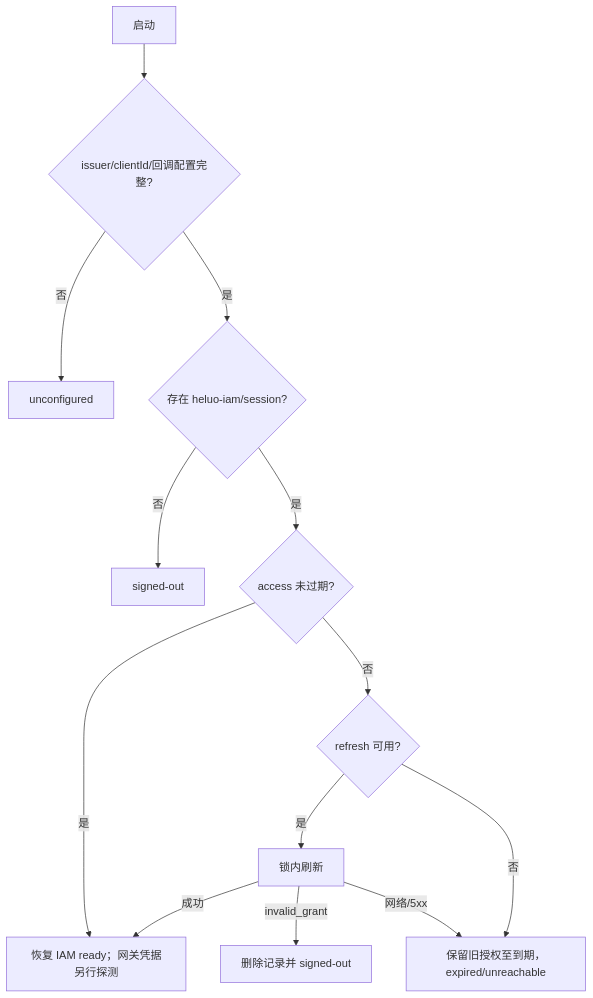
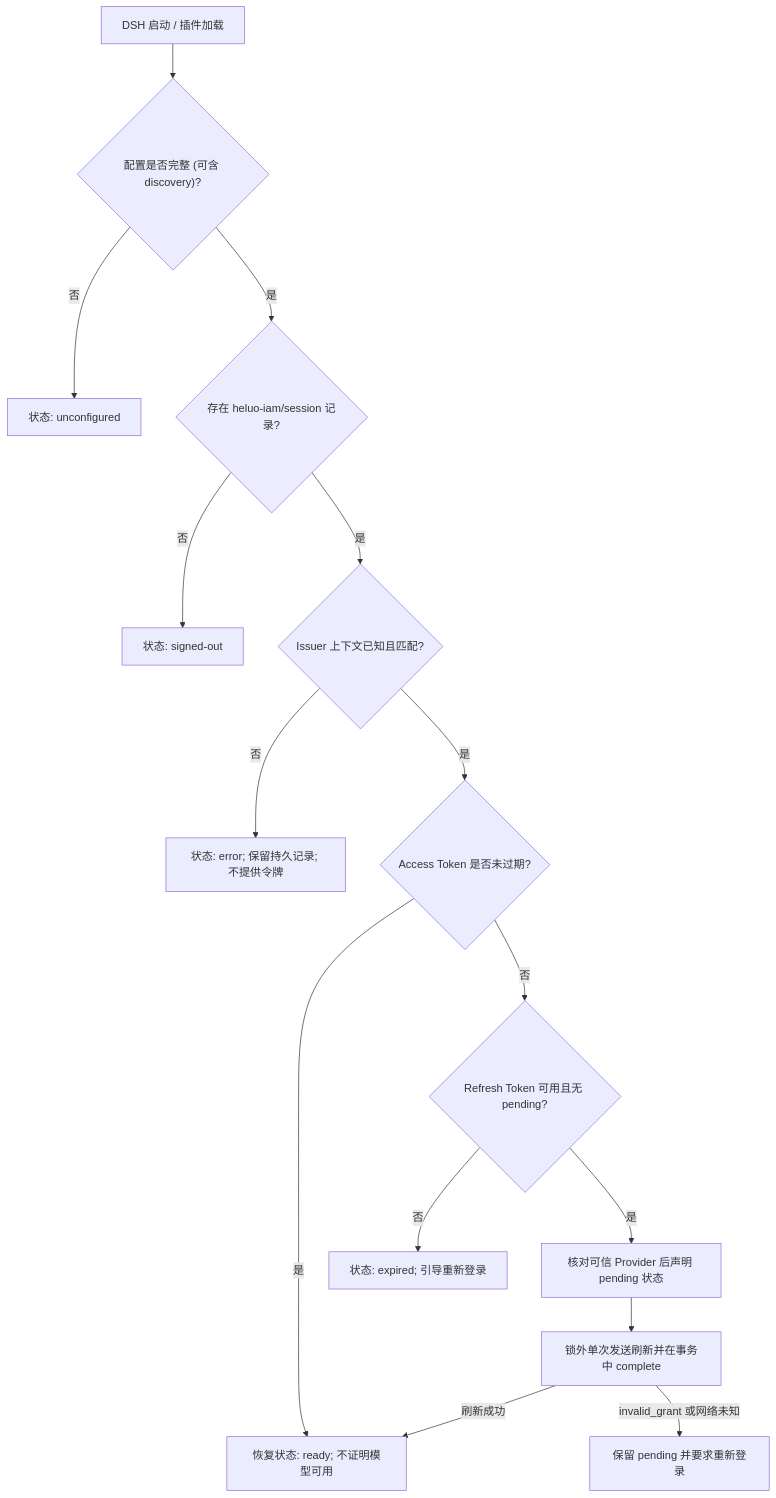
The second of 4 diagrams in docs/design/plugins/forge-iam.md (hrygo/heluo-forge), drawn with Mermaid before and after one commit. The commit also changed other lines of this file and 89 other files, not shown here.

First line of the commit message:
feat(iam): 收口 IAM 隔离能力并新增只读视图订阅接缝

````diff
--- a/docs/design/plugins/forge-iam.md
+++ b/docs/design/plugins/forge-iam.md
@@ -386,15 +490,17 @@
 ```mermaid
 flowchart TD
-  A[启动] --> B{"issuer/clientId/回调配置完整?"}
-  B -->|否| C[unconfigured]
-  B -->|是| D{"存在 heluo-iam/session?"}
-  D -->|否| E[signed-out]
-  D -->|是| F{"access 未过期?"}
-  F -->|是| G[恢复 IAM ready；网关凭据另行探测]
-  F -->|否| H{"refresh 可用?"}
-  H -->|是| I[锁内刷新]
-  I -->|成功| G
-  I -->|invalid_grant| J[删除记录并 signed-out]
-  I -->|网络/5xx| K["保留旧授权至到期，expired/unreachable"]
-  H -->|否| K
+  A[DSH 启动 / 插件加载] --> B{"配置是否完整 (可含 discovery)?"}
+  B -->|否| C[状态: unconfigured]
+  B -->|是| D{"存在 heluo-iam/session 记录?"}
+  D -->|否| E[状态: signed-out]
+  D -->|是| P{"Issuer 上下文已知且匹配?"}
+  P -->|否| Q[状态: error; 保留持久记录; 不提供令牌]
+  P -->|是| F{"Access Token 是否未过期?"}
+  F -->|是| G[恢复状态: ready; 不证明模型可用]
+  F -->|否| H{"Refresh Token 可用且无 pending?"}
+  H -->|是| I[核对可信 Provider 后声明 pending 状态]
+  I --> J[锁外单次发送刷新并在事务中 complete]
+  J -->|刷新成功| G
+  J -->|invalid_grant 或网络未知| K[保留 pending 并要求重新登录]
+  H -->|否| L[状态: expired; 引导重新登录]
 ```
````
